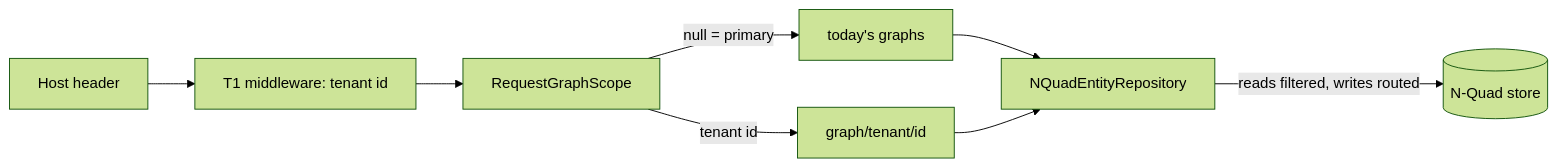
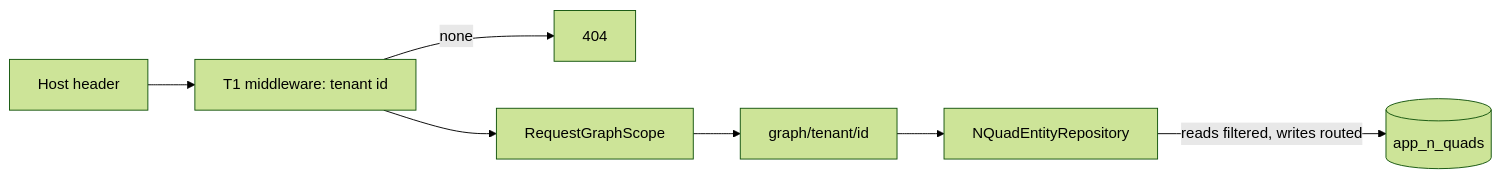
Before and after one commit to BillKrat/ai-research-blog: the diagram in docs/artifacts/Claude-2026-11-07-tenant-t2-scoped-repositories.md, drawn with Mermaid (forest theme). The commit also changed other lines of this file and 7 other files, not shown here.

First line of the commit message:
Claude: T2 (app) - RequestGraphScope is the resolved tenant's id, no primary; isolation host test; relabel type list

````diff
--- a/docs/artifacts/Claude-2026-11-07-tenant-t2-scoped-repositories.md
+++ b/docs/artifacts/Claude-2026-11-07-tenant-t2-scoped-repositories.md
@@ -13,10 +16,9 @@
 ```mermaid
 flowchart LR
   Host[Host header] --> T1[T1 middleware: tenant id]
+  T1 -->|none| NF[404]
   T1 --> RGS[RequestGraphScope]
-  RGS -->|null = primary| P[today's graphs]
-  RGS -->|tenant id| G["graph/tenant/id"]
-  P --> Repo[NQuadEntityRepository]
-  G --> Repo
-  Repo -->|reads filtered, writes routed| Store[(N-Quad store)]
+  RGS --> G["graph/tenant/id"]
+  G --> Repo[NQuadEntityRepository]
+  Repo -->|reads filtered, writes routed| Store[(app_n_quads)]
 ```
````
